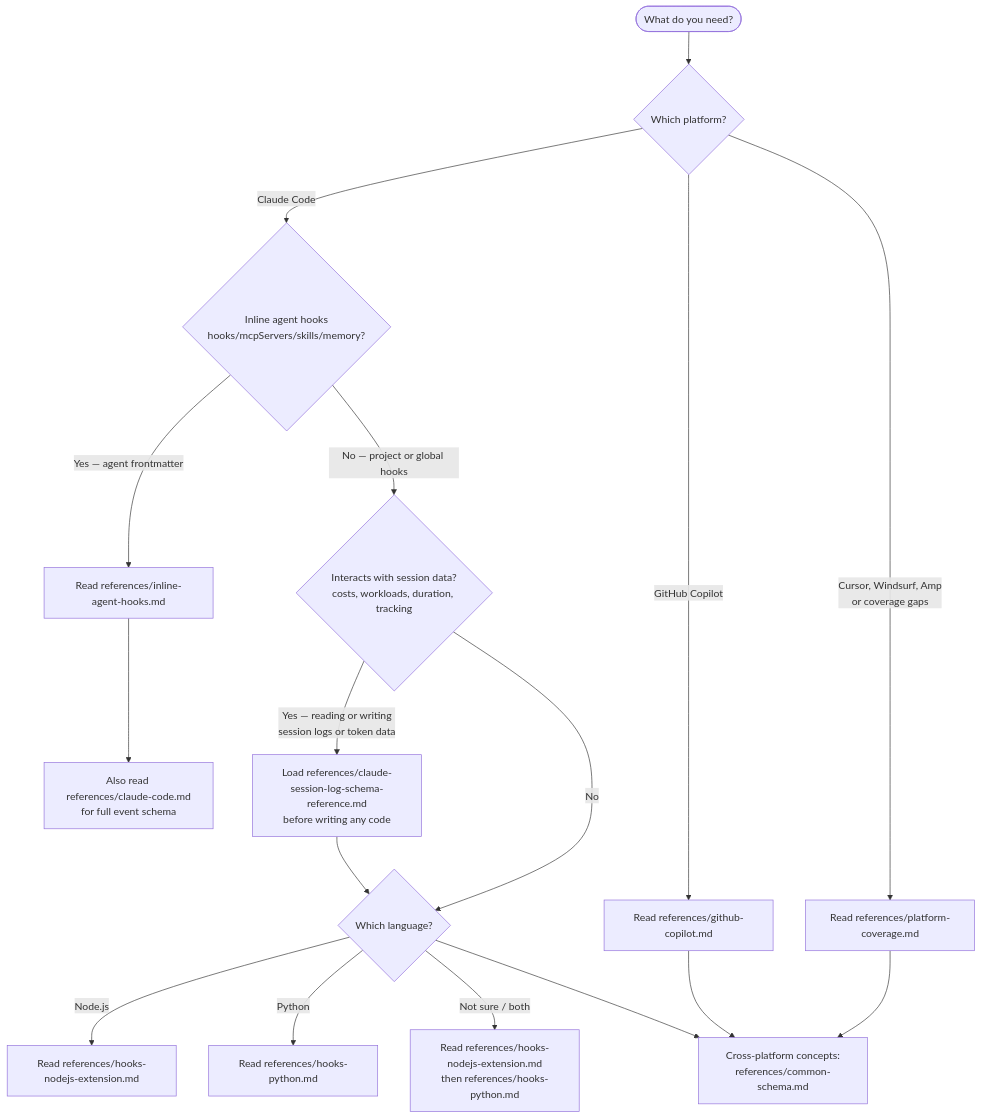
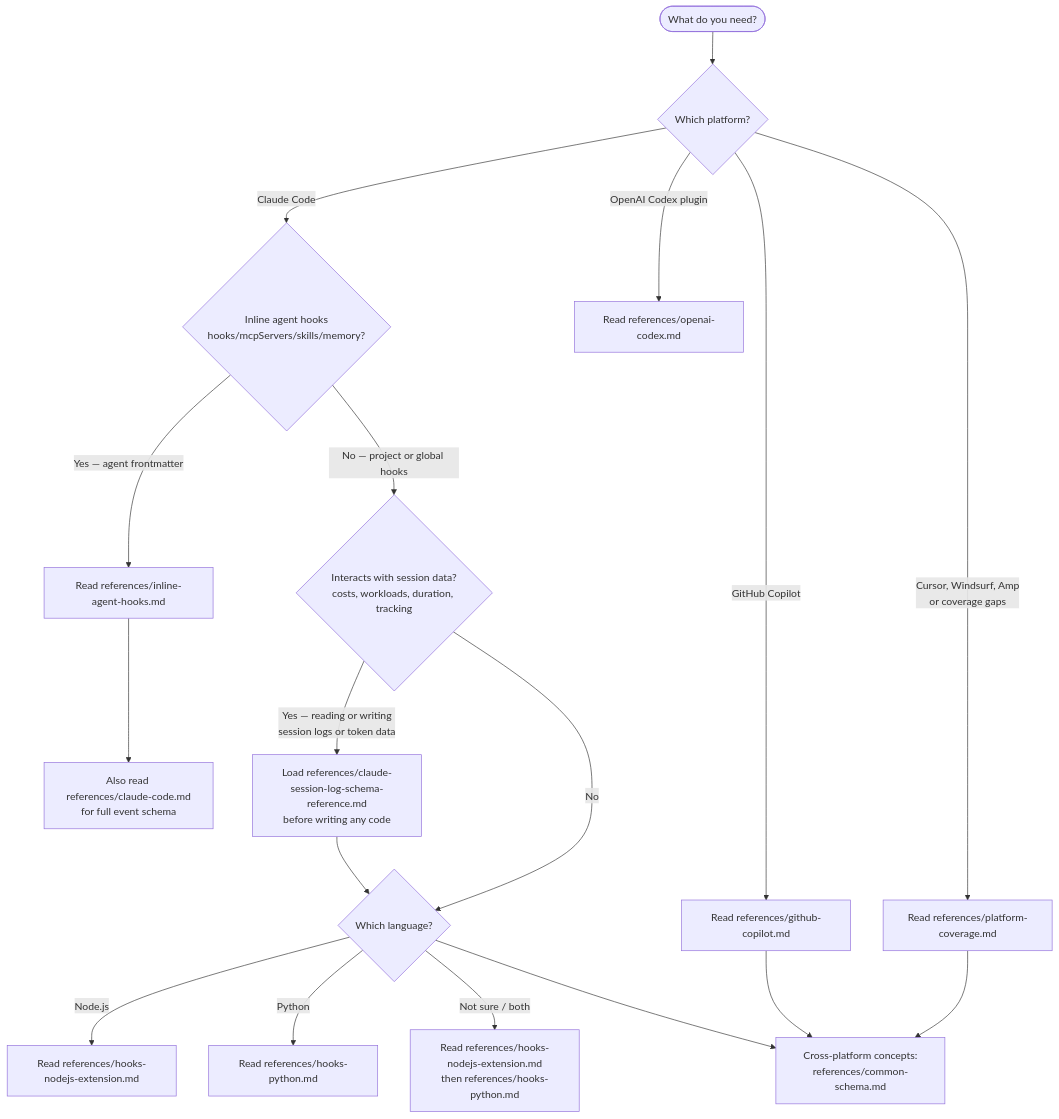
Before and after one commit to Jamie-BitFlight/claude_skills: the diagram in plugins/plugin-creator/skills/hooks-guide/SKILL.md, drawn with Mermaid. The commit also changed other lines of this file and 18 other files, not shown here.

````diff
--- a/plugins/plugin-creator/skills/hooks-guide/SKILL.md
+++ b/plugins/plugin-creator/skills/hooks-guide/SKILL.md
@@ -9,24 +9,25 @@
 ```mermaid
 flowchart TD
     Start([What do you need?]) --> Q1{Which platform?}
     Q1 -->|Claude Code| Q2{Inline agent hooks<br>hooks/mcpServers/skills/memory?}
+    Q1 -->|OpenAI Codex plugin| OpenAI["Read references/openai-codex.md"]
     Q1 -->|GitHub Copilot| Copilot["Read references/github-copilot.md"]
     Q1 -->|Cursor, Windsurf, Amp<br>or coverage gaps| Coverage["Read references/platform-coverage.md"]
 
     Q2 -->|Yes — agent frontmatter| Agent["Read references/inline-agent-hooks.md"]
     Q2 -->|No — project or global hooks| Q3{Interacts with session data?<br>costs, workloads, duration, tracking}
 
     Q3 -->|Yes — reading or writing<br>session logs or token data| SessionSchema["Load references/claude-session-log-schema-reference.md<br>before writing any code"]
     Q3 -->|No| Q4{Which language?}
 
     SessionSchema --> Q4
 
     Q4 -->|Node.js| CJS["Read references/hooks-nodejs-extension.md"]
     Q4 -->|Python| Py["Read references/hooks-python.md"]
     Q4 -->|Not sure / both| Both["Read references/hooks-nodejs-extension.md<br>then references/hooks-python.md"]
 
     Agent --> CC["Also read references/claude-code.md<br>for full event schema"]
     Q4 --> Schema["Cross-platform concepts:<br>references/common-schema.md"]
     Copilot --> Schema
     Coverage --> Schema
 ```
````
